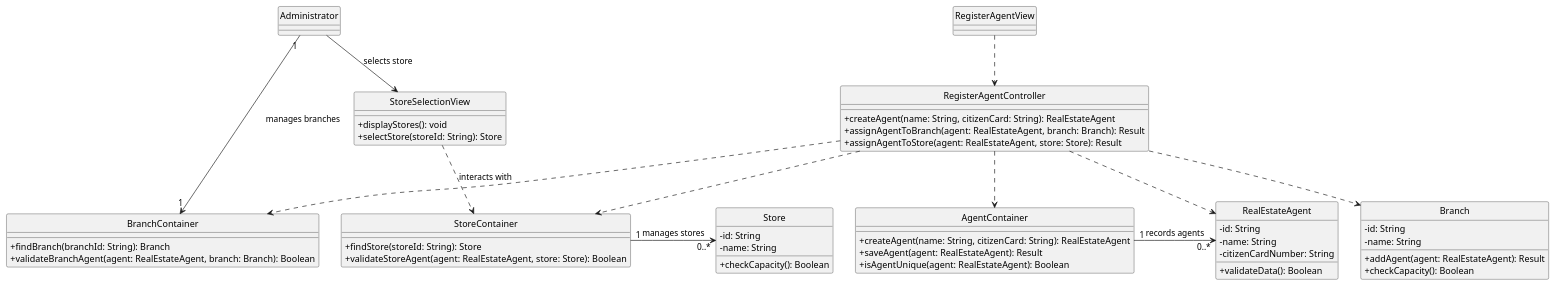
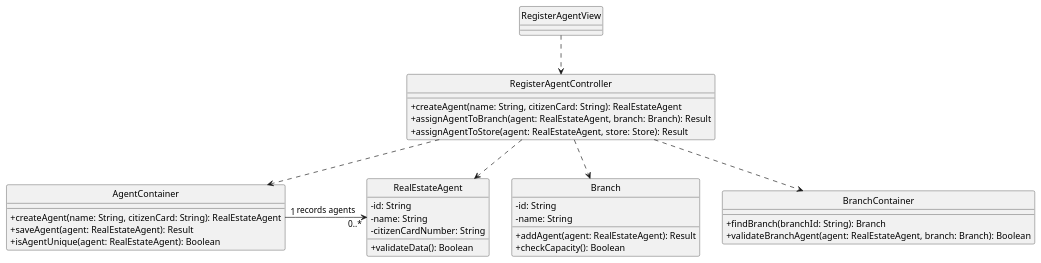
One commit to goncalomaia18/leti-esoft-24-25-A2 changed the diagram in docs/Sprint2/US11/US11-CD.puml. Above: the diagram before and after it, drawn with PlantUML. The commit also changed 8 other files, not shown here.

```diff
--- a/docs/Sprint2/US11/US11-CD.puml
+++ b/docs/Sprint2/US11/US11-CD.puml
@@ -1,67 +1,51 @@
 @startuml
 hide circle
 skinparam classAttributeIconSize 0
 
 class RegisterAgentView {
 }
 
 class RegisterAgentController {
     +createAgent(name: String, citizenCard: String): RealEstateAgent
     +assignAgentToBranch(agent: RealEstateAgent, branch: Branch): Result
     +assignAgentToStore(agent: RealEstateAgent, store: Store): Result
 }
 
 class RealEstateAgent {
     -id: String
     -name: String
     -citizenCardNumber: String
     +validateData(): Boolean
 }
 
 class Branch {
     -id: String
     -name: String
     +addAgent(agent: RealEstateAgent): Result
     +checkCapacity(): Boolean
 }
 
 class AgentContainer {
     +createAgent(name: String, citizenCard: String): RealEstateAgent
     +saveAgent(agent: RealEstateAgent): Result
     +isAgentUnique(agent: RealEstateAgent): Boolean
 }
 
 class BranchContainer {
     +findBranch(branchId: String): Branch
     +validateBranchAgent(agent: RealEstateAgent, branch: Branch): Boolean
 }
 
-class Store {
-    -id: String
-    -name: String
-    +checkCapacity(): Boolean
-}
 
-class StoreContainer {
-    +findStore(storeId: String): Store
-    +validateStoreAgent(agent: RealEstateAgent, store: Store): Boolean
-}
 
-class StoreSelectionView {
-    +displayStores(): void
-    +selectStore(storeId: String): Store
-}
 
-Administrator "1" -right-> "1" BranchContainer : manages branches
 AgentContainer "1" -right-> "0..*" RealEstateAgent : records agents
-StoreContainer "1" -right-> "0..*" Store : manages stores
+
 
 RegisterAgentView ..> RegisterAgentController
 RegisterAgentController ..> RealEstateAgent
 RegisterAgentController ..> BranchContainer
 RegisterAgentController ..> AgentContainer
 RegisterAgentController ..> Branch
-RegisterAgentController ..> StoreContainer
-StoreSelectionView ..> StoreContainer : interacts with
-Administrator --> StoreSelectionView : selects store
+
 @enduml
```
